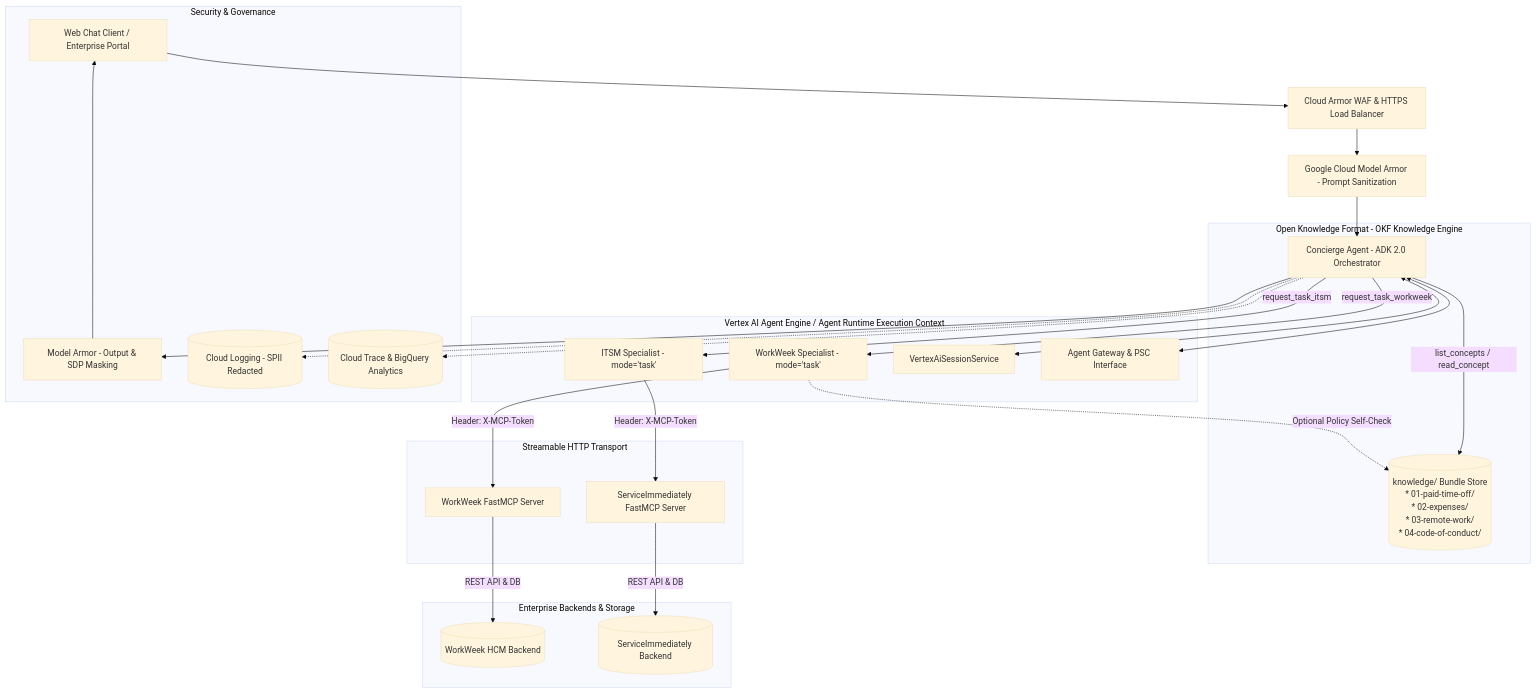
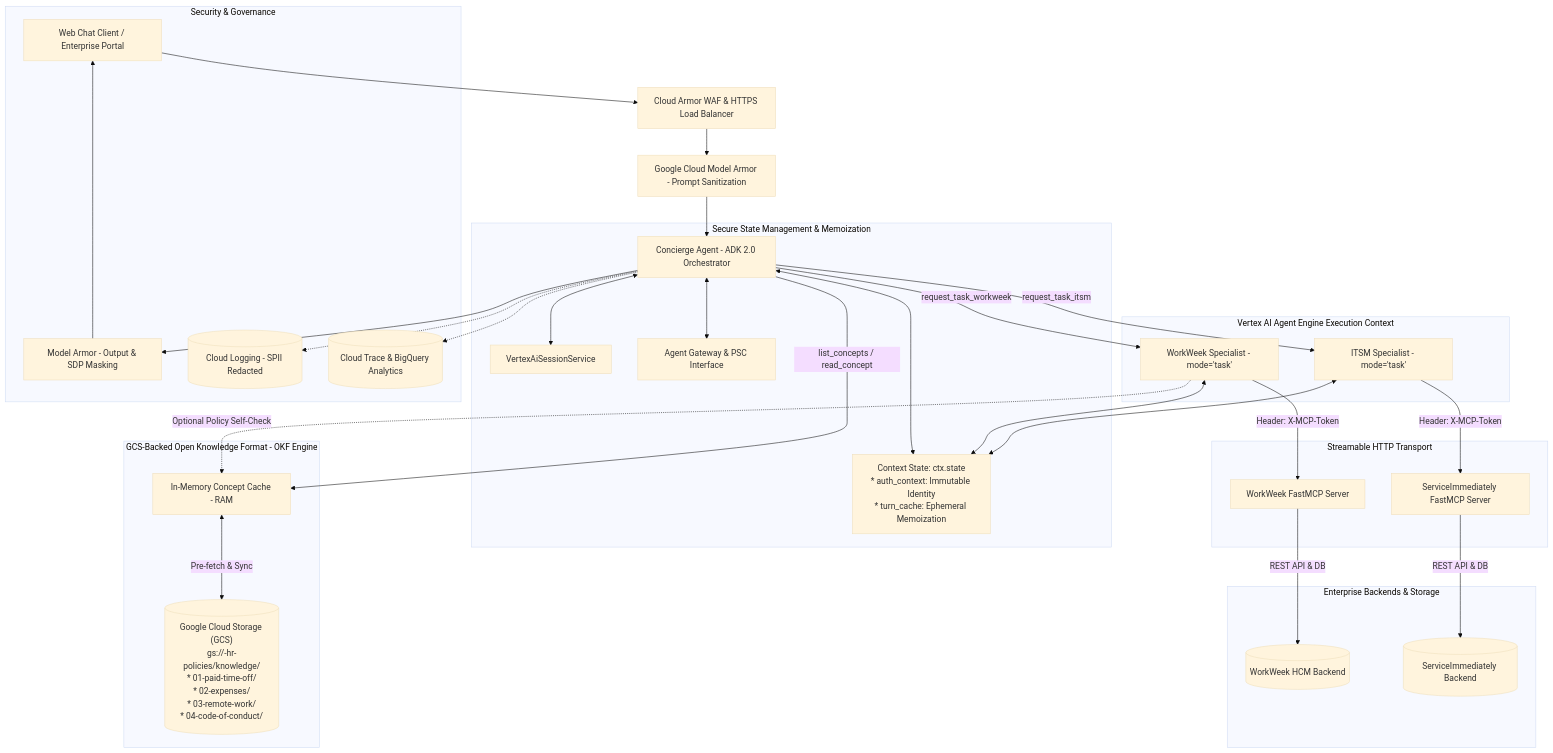
One commit to gungarg/elevate-hr-agent changed the diagram in ARCHITECTURE.md. Above: the diagram before and after it, drawn with Mermaid (base theme). The commit also changed other lines of this file and 2 other files, not shown here.

Commit message:
docs: update SDD to v3.1 with GCS-backed OKF and secure session state propagation

````diff
--- a/ARCHITECTURE.md
+++ b/ARCHITECTURE.md
@@ -10,35 +10,42 @@
 ```mermaid
 graph TD
     Client[Web Chat Client / Enterprise Portal] --> Ingress[Cloud Armor WAF & HTTPS Load Balancer]
     Ingress --> ModelArmor[Google Cloud Model Armor - Prompt Sanitization]
     ModelArmor --> RootAgent[Concierge Agent - ADK 2.0 Orchestrator]
 
-    subgraph OKFKnowledgeLayer [Open Knowledge Format - OKF Knowledge Engine]
-        RootAgent -->|list_concepts / read_concept| OKFBundle[("knowledge/ Bundle Store\n* 01-paid-time-off/\n* 02-expenses/\n* 03-remote-work/\n* 04-code-of-conduct/")]
+    subgraph StateManagement [Secure State Management & Memoization]
+        RootAgent <--> StateStore[Context State: ctx.state\n* auth_context: Immutable Identity\n* turn_cache: Ephemeral Memoization]
+        RootAgent <--> SessionStore[VertexAiSessionService]
+        RootAgent <--> AgentGW[Agent Gateway & PSC Interface]
     end
 
-    subgraph VertexAIAgentEngine [Vertex AI Agent Engine / Agent Runtime Execution Context]
+    subgraph OKFKnowledgeLayer [GCS-Backed Open Knowledge Format - OKF Engine]
+        RootAgent -->|list_concepts / read_concept| MemCache[In-Memory Concept Cache - RAM]
+        MemCache <-->|Pre-fetch & Sync| GCSBundle[("Google Cloud Storage (GCS)\ngs://<project>-hr-policies/knowledge/\n* 01-paid-time-off/\n* 02-expenses/\n* 03-remote-work/\n* 04-code-of-conduct/")]
+    end
+
+    subgraph VertexAIAgentEngine [Vertex AI Agent Engine Execution Context]
         RootAgent -->|request_task_workweek| WorkWeekAgent[WorkWeek Specialist - mode='task']
         RootAgent -->|request_task_itsm| ITSMAgent[ITSM Specialist - mode='task']
-        WorkWeekAgent -.->|Optional Policy Self-Check| OKFBundle
-        RootAgent <--> SessionStore[VertexAiSessionService]
-        RootAgent <--> AgentGW[Agent Gateway & PSC Interface]
+        WorkWeekAgent -.->|Optional Policy Self-Check| MemCache
+        WorkWeekAgent <--> StateStore
+        ITSMAgent <--> StateStore
     end
 
     subgraph FastMCP Integration Subsystem [Streamable HTTP Transport]
         WorkWeekAgent -->|Header: X-MCP-Token| WWMCP[WorkWeek FastMCP Server]
         ITSMAgent -->|Header: X-MCP-Token| ITSMMCP[ServiceImmediately FastMCP Server]
     end
 
     subgraph Enterprise Backends & Storage
         WWMCP -->|REST API & DB| WWDB[(WorkWeek HCM Backend)]
         ITSMMCP -->|REST API & DB| ITSMDB[(ServiceImmediately Backend)]
     end
 
     subgraph Security & Governance
         RootAgent --> OutputArmor[Model Armor - Output & SDP Masking]
         OutputArmor --> Client
         RootAgent -.-> AuditLog[(Cloud Logging - SPII Redacted)]
         RootAgent -.-> CloudTrace[(Cloud Trace & BigQuery Analytics)]
     end
 ```
````
